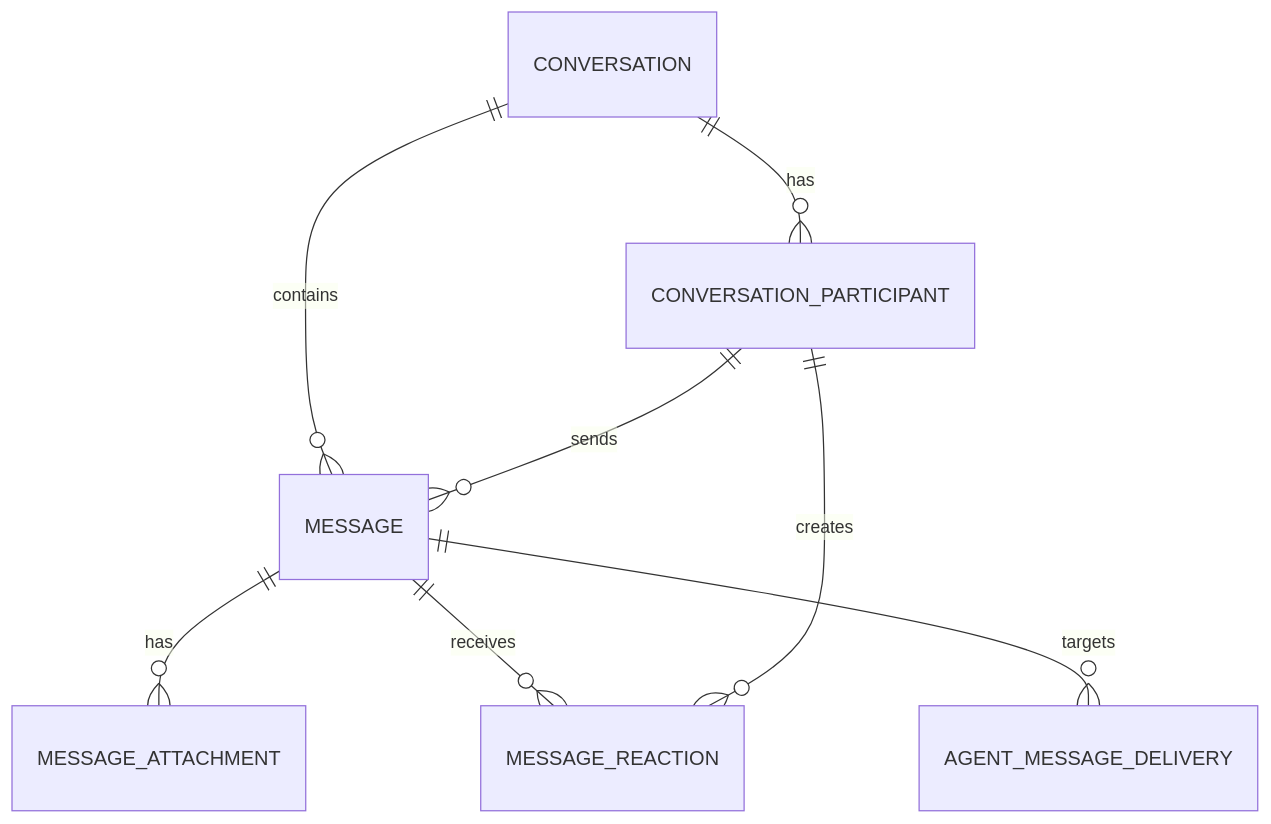
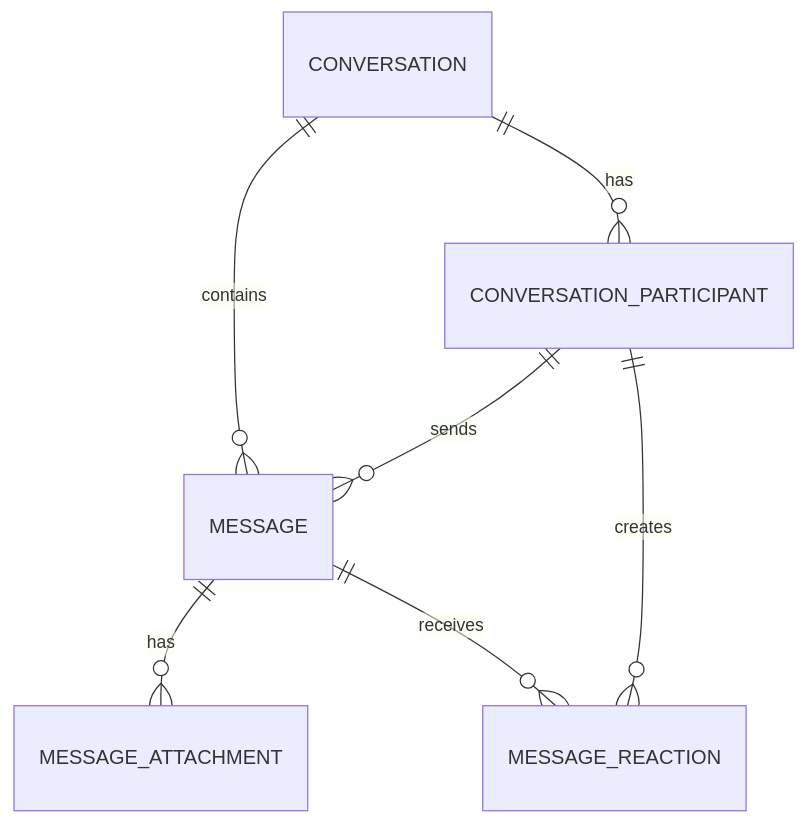
One commit to LRM-Teams/coforge changed the diagram in docs/database-schema.md. Above: the diagram before and after it, drawn with Mermaid. The commit also changed other lines of this file and 184 other files, not shown here.

First line of the commit message:
feat: add direct Agent messaging flow (#35)

````diff
--- a/docs/database-schema.md
+++ b/docs/database-schema.md
@@ -66,10 +85,9 @@
 ```mermaid
 erDiagram
     CONVERSATION ||--o{ CONVERSATION_PARTICIPANT : has
     CONVERSATION ||--o{ MESSAGE : contains
     CONVERSATION_PARTICIPANT ||--o{ MESSAGE : sends
     MESSAGE ||--o{ MESSAGE_ATTACHMENT : has
     MESSAGE ||--o{ MESSAGE_REACTION : receives
     CONVERSATION_PARTICIPANT ||--o{ MESSAGE_REACTION : creates
-    MESSAGE ||--o{ AGENT_MESSAGE_DELIVERY : targets
 ```
````
